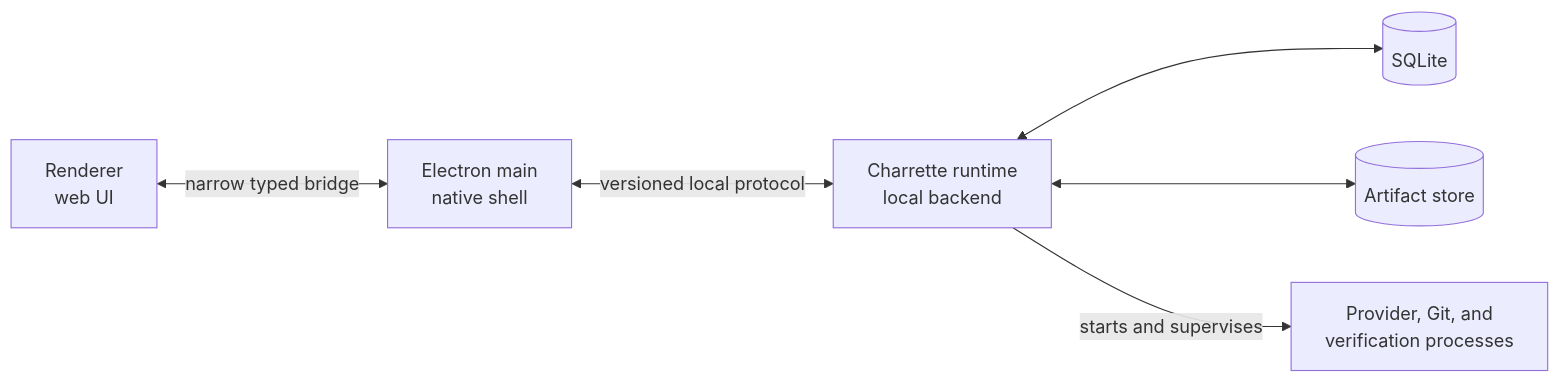
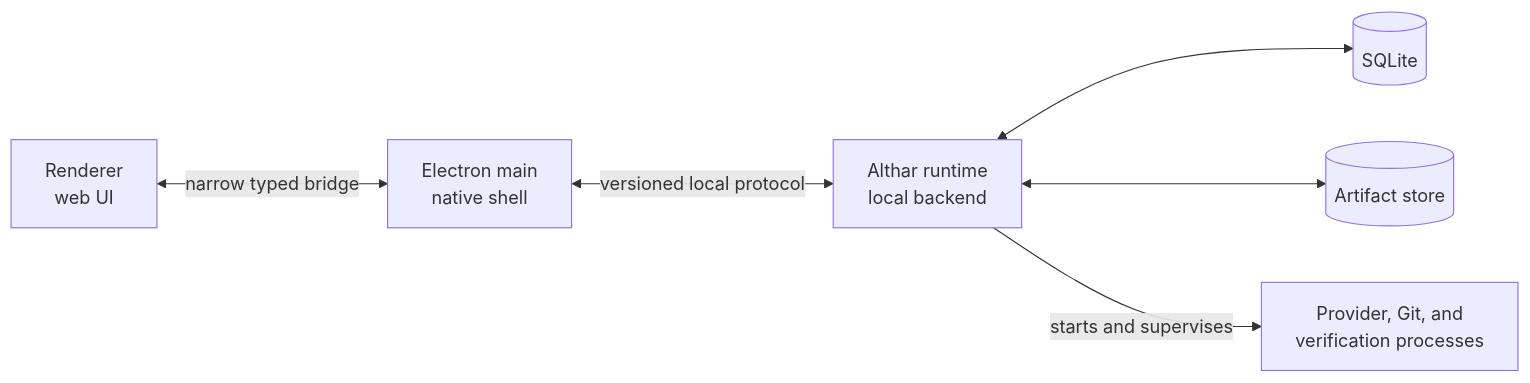
One commit to AltharIDE/althar changed the second of 2 diagrams in docs/architecture/02-desktop-runtime.md. Above: the diagram before and after it, drawn with Mermaid. The commit also changed other lines of this file and 343 other files, not shown here.

First line of the commit message:
Rename Charrette to Althar

````diff
--- a/docs/architecture/02-desktop-runtime.md
+++ b/docs/architecture/02-desktop-runtime.md
@@ -74,15 +74,15 @@
 ```mermaid
 flowchart LR
     Renderer["Renderer<br/>web UI"]
     Main["Electron main<br/>native shell"]
-    Runtime["Charrette runtime<br/>local backend"]
+    Runtime["Althar runtime<br/>local backend"]
     DB[("SQLite")]
     Blobs[("Artifact store")]
     Children["Provider, Git, and<br/>verification processes"]
 
     Renderer <-->|"narrow typed bridge"| Main
     Main <-->|"versioned local protocol"| Runtime
     Runtime <--> DB
     Runtime <--> Blobs
     Runtime -->|"starts and supervises"| Children
 ```
````
